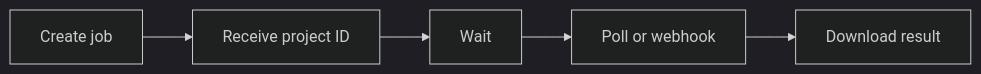
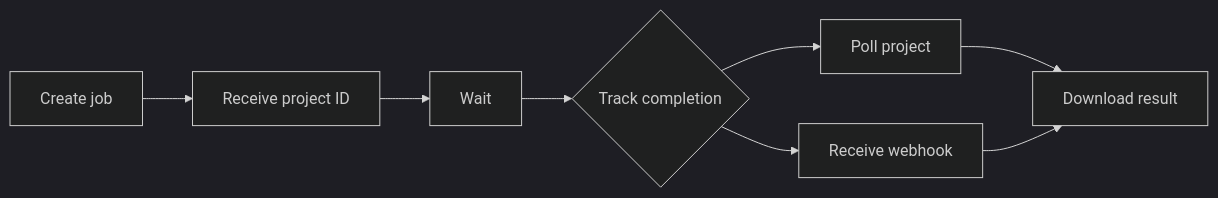
The diagram in integration/first-integration.mdx (magichourhq/docs), drawn with Mermaid (dark theme) before and after one commit.

Commit message:
fix: restore full lifecycle diagram without Mermaid controls
Use fence meta actions=false so the branching flowchart stays intact and pan/zoom UI no longer covers Download result.

````diff
--- a/integration/first-integration.mdx
+++ b/integration/first-integration.mdx
@@ -9,7 +9,10 @@
-```mermaid
+```mermaid actions=false
 flowchart LR
     A["Create job"] --> B["Receive project ID"]
     B --> C["Wait"]
-    C --> D["Poll or webhook"]
-    D --> E["Download result"]
+    C --> D{"Track completion"}
+    D --> E["Poll project"]
+    D --> F["Receive webhook"]
+    E --> G["Download result"]
+    F --> G
 ```
````
